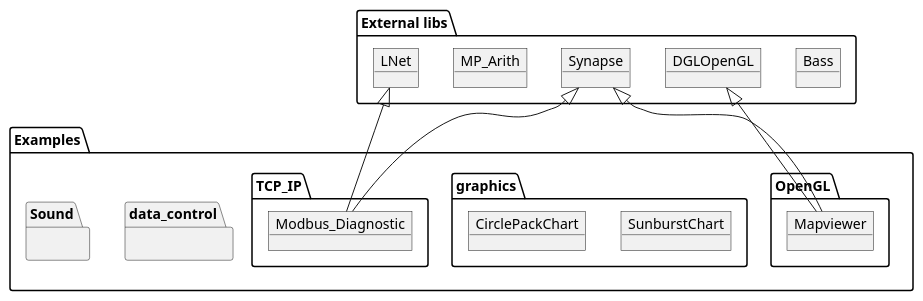
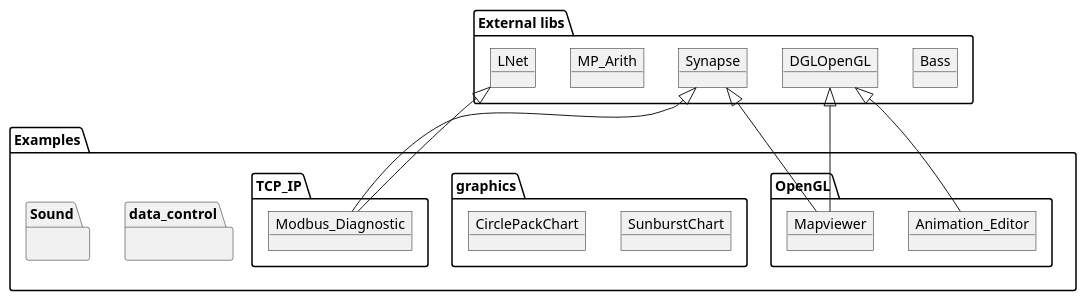
The diagram in overview.plantuml (PascalCorpsman/Examples), drawn with PlantUML before and after one commit. The commit also changed 2 other files, not shown here.

Commit message:
Add Animation Editor in Readme.md

```diff
--- a/overview.plantuml
+++ b/overview.plantuml
@@ -2,33 +2,35 @@
 @startuml
 
 package "Examples" {
   package "OpenGL" {
    object Mapviewer
+   object Animation_Editor
   }
   package "data_control" {
   }
   package "graphics" {
    object SunburstChart
    object CirclePackChart
   }
   package "TCP_IP" {
    object Modbus_Diagnostic
   }
   package "Sound" {
    
   }
 }
 
 package "External libs" {
 object Bass
 object DGLOpenGL
 object LNet 
 object MP_Arith
 object Synapse
 Synapse <|-- Mapviewer 
 DGLOpenGL <|-- Mapviewer 
+DGLOpenGL <|-- Animation_Editor 
 Synapse <|-- Modbus_Diagnostic
 LNet <|-- Modbus_Diagnostic
 }
 
 @enduml
```
